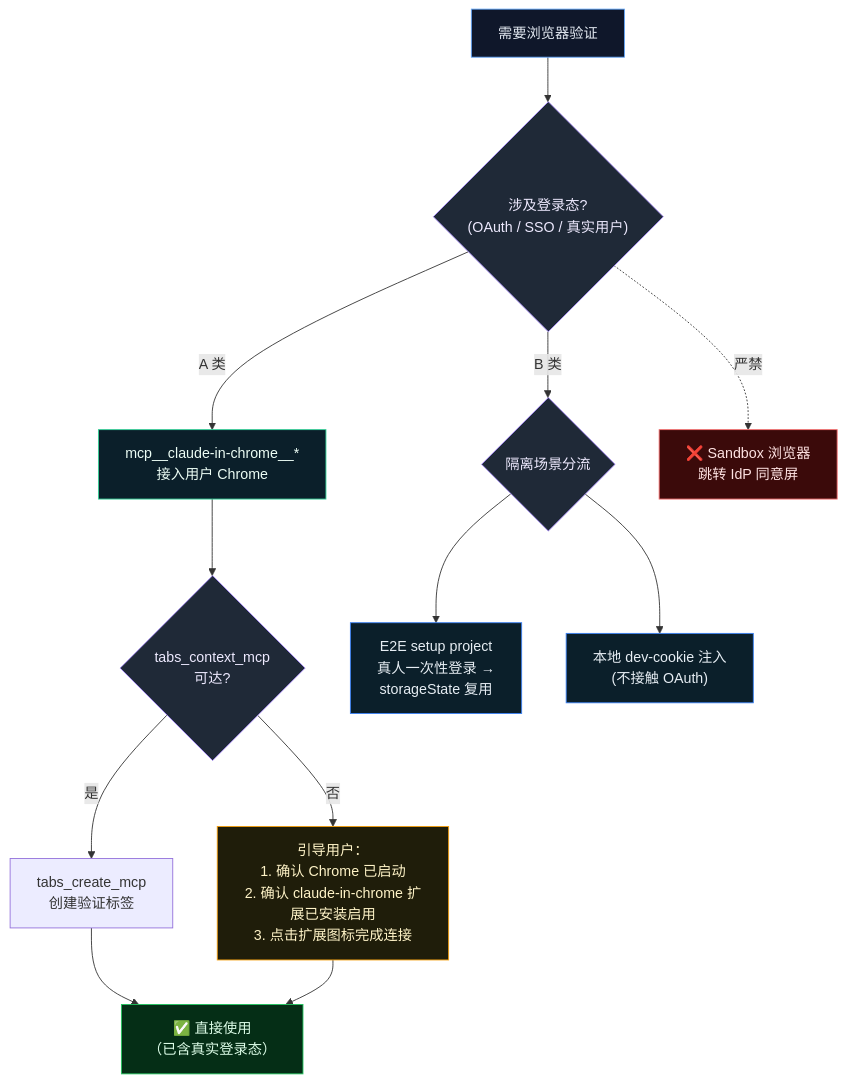
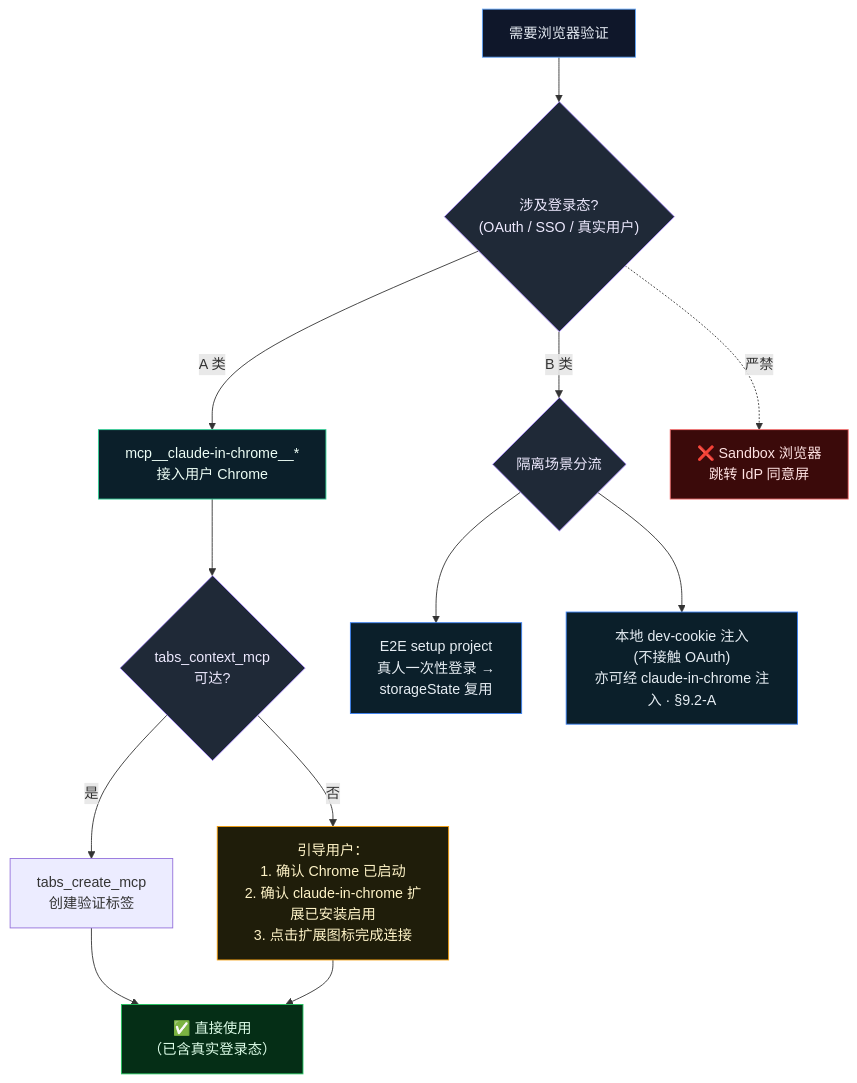
The first of 3 diagrams in docs/browser-validation.md (ThreeFish-AI/agents.md), drawn with Mermaid before and after one commit. The commit also changed other lines of this file and 4 other files, not shown here.

````diff
--- a/docs/browser-validation.md
+++ b/docs/browser-validation.md
@@ -114,28 +116,28 @@
 ```mermaid
 flowchart TD
   Start["需要浏览器验证"] --> NeedAuth{"涉及登录态?<br/>(OAuth / SSO / 真实用户)"}
 
   NeedAuth -->|"A 类"| CiC["mcp__claude-in-chrome__*<br/>接入用户 Chrome"]
   CiC --> Reachable{"tabs_context_mcp<br/>可达?"}
   Reachable -->|是| TabCreate["tabs_create_mcp<br/>创建验证标签"]
   TabCreate --> OK["✅ 直接使用<br/>（已含真实登录态）"]
   Reachable -->|否| Recover["引导用户：<br/>1. 确认 Chrome 已启动<br/>2. 确认 claude-in-chrome 扩展已安装启用<br/>3. 点击扩展图标完成连接"]
   Recover --> OK
 
   NeedAuth -->|"B 类"| BRoute{"隔离场景分流"}
   BRoute --> E2E["E2E setup project<br/>真人一次性登录 →<br/>storageState 复用"]
-  BRoute --> DevCK["本地 dev-cookie 注入<br/>(不接触 OAuth)"]
+  BRoute --> DevCK["本地 dev-cookie 注入<br/>(不接触 OAuth)<br/>亦可经 claude-in-chrome 注入 · §9.2-A"]
 
   NeedAuth -.->|"严禁"| Forbid["❌ Sandbox 浏览器<br/>跳转 IdP 同意屏"]
 
   style Start fill:#0f172a,stroke:#60a5fa,color:#e2e8f0
   style CiC fill:#0b1f2a,stroke:#34d399,color:#ecfdf5
   style OK fill:#052e16,stroke:#22c55e,color:#dcfce7
   style Recover fill:#1f1d0a,stroke:#f59e0b,color:#fef3c7
   style E2E fill:#0b1f2a,stroke:#3b82f6,color:#e6edf3
   style DevCK fill:#0b1f2a,stroke:#3b82f6,color:#e6edf3
   style NeedAuth fill:#1f2937,stroke:#a78bfa,color:#ede9fe
   style Reachable fill:#1f2937,stroke:#a78bfa,color:#ede9fe
   style BRoute fill:#1f2937,stroke:#a78bfa,color:#ede9fe
   style Forbid fill:#3b0a0a,stroke:#f87171,color:#fee2e2
 ```
````
